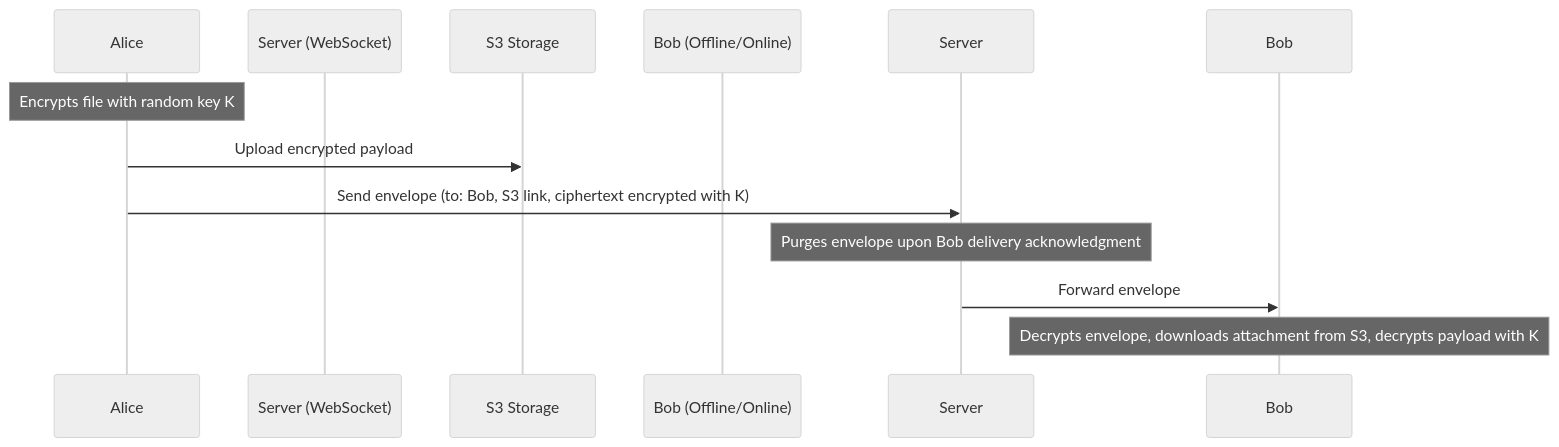
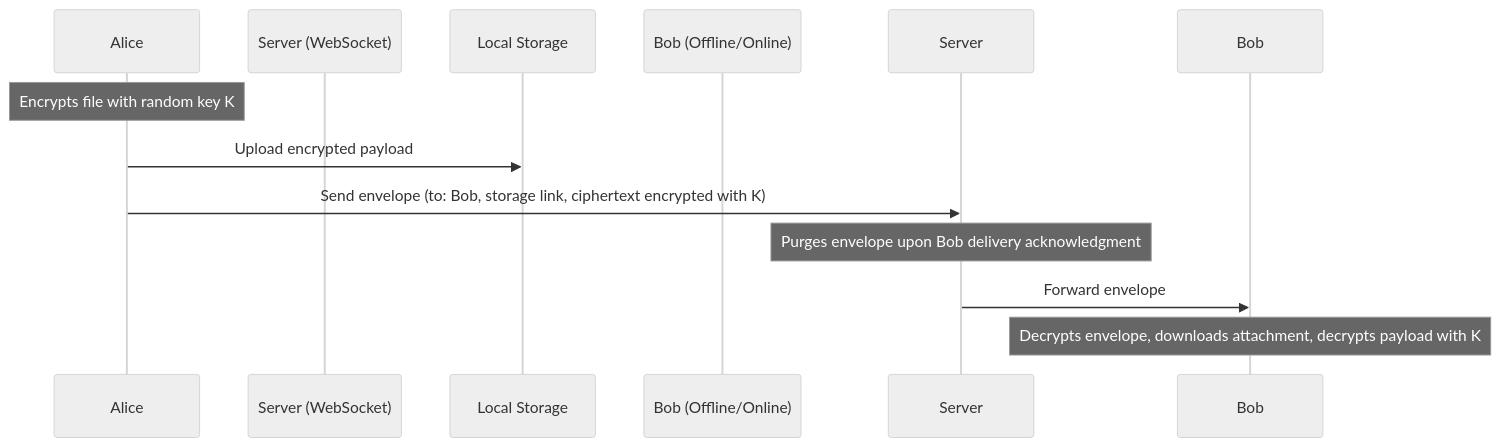
One commit to Saif287472/helix changed the second of 2 diagrams in helix_remote/docs/product/DATA_FLOW.md. Above: the diagram before and after it, drawn with Mermaid (neutral theme). The commit also changed other lines of this file and 114 other files, not shown here.

````diff
--- a/helix_remote/docs/product/DATA_FLOW.md
+++ b/helix_remote/docs/product/DATA_FLOW.md
@@ -18,14 +18,14 @@
 ```mermaid
 sequenceDiagram
     participant Alice
     participant Server (WebSocket)
-    participant S3 Storage
+    participant Local Storage
     participant Bob (Offline/Online)
 
     Note over Alice: Encrypts file with random key K
-    Alice->>S3 Storage: Upload encrypted payload
-    Alice->>Server: Send envelope (to: Bob, S3 link, ciphertext encrypted with K)
+    Alice->>Local Storage: Upload encrypted payload
+    Alice->>Server: Send envelope (to: Bob, storage link, ciphertext encrypted with K)
     Note over Server: Purges envelope upon Bob delivery acknowledgment
     Server->>Bob: Forward envelope
-    Note over Bob: Decrypts envelope, downloads attachment from S3, decrypts payload with K
+    Note over Bob: Decrypts envelope, downloads attachment, decrypts payload with K
 ```
````
